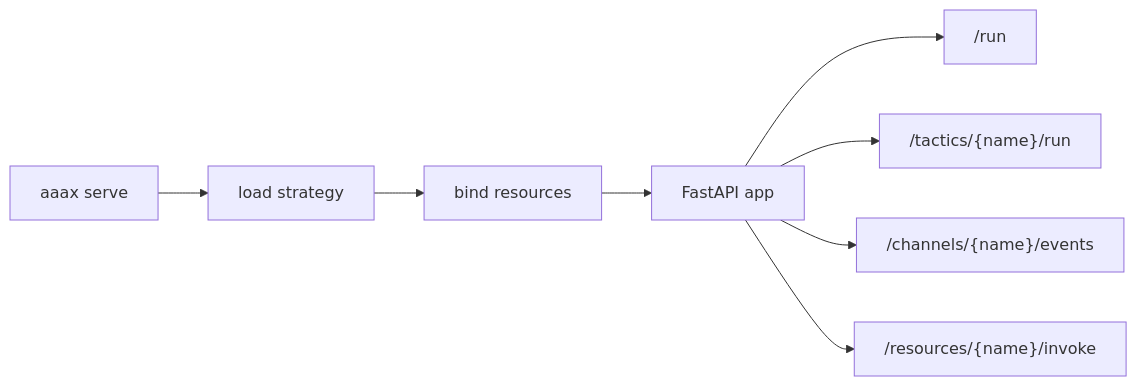
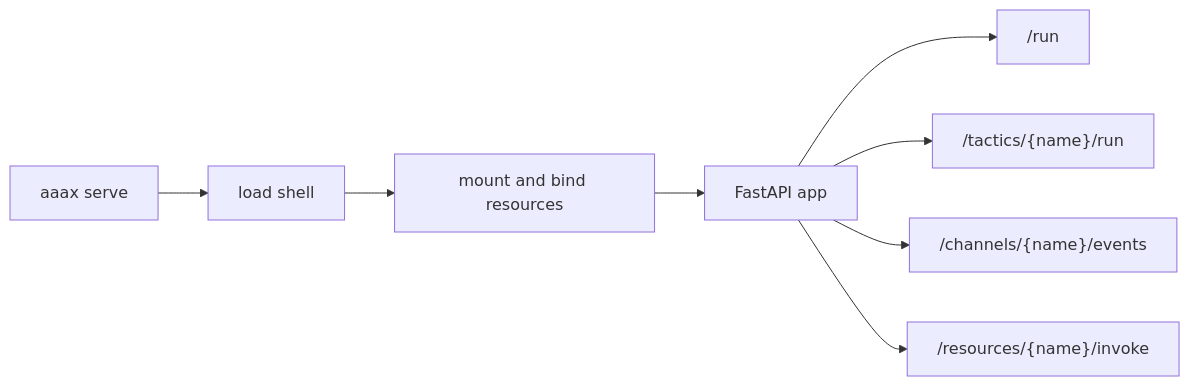
The diagram in docs/launch/index.md (Productive-Superintelligence/aaax), drawn with Mermaid before and after one commit. The commit also changed other lines of this file and 22 other files, not shown here.

Commit message:
Reframe AAAX docs as PSI shell

````diff
--- a/docs/launch/index.md
+++ b/docs/launch/index.md
@@ -7,10 +7,10 @@
 ```mermaid
 flowchart LR
-  A["aaax serve"] --> B["load strategy"]
-  B --> C["bind resources"]
+  A["aaax serve"] --> B["load shell"]
+  B --> C["mount and bind resources"]
   C --> D["FastAPI app"]
   D --> E["/run"]
   D --> F["/tactics/{name}/run"]
   D --> G["/channels/{name}/events"]
   D --> H["/resources/{name}/invoke"]
 ```
````
